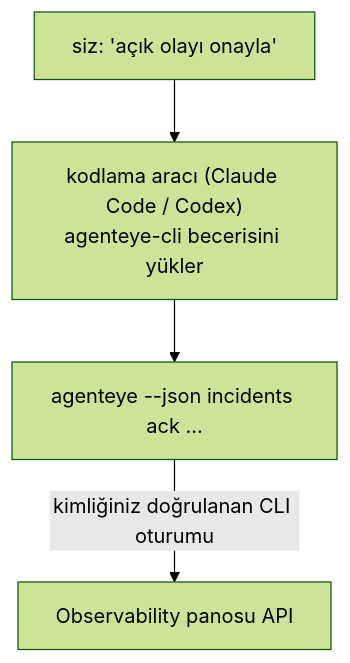
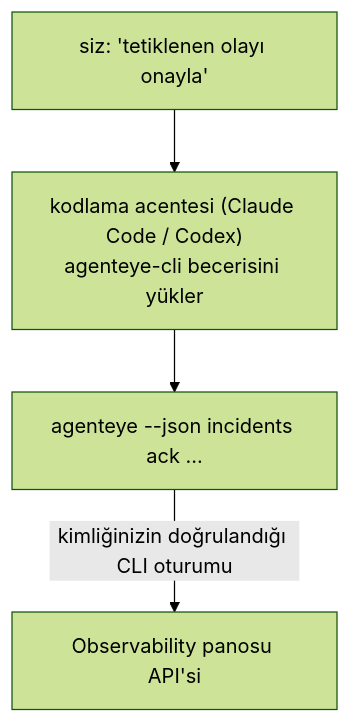
One commit to FailproofAI/failproofai changed the diagram in docs/tr/agenteye/cli-skill.mdx. Above: the diagram before and after it, drawn with Mermaid (forest theme). The commit also changed other lines of this file and 678 other files, not shown here.

````diff
--- a/docs/tr/agenteye/cli-skill.mdx
+++ b/docs/tr/agenteye/cli-skill.mdx
@@ -29,6 +29,6 @@
 ```mermaid
 flowchart TD
-    YOU["siz: 'açık olayı onayla'"] --> AGENT["kodlama aracı (Claude Code / Codex)<br/>agenteye-cli becerisini yükler"]
+    YOU["siz: 'tetiklenen olayı onayla'"] --> AGENT["kodlama acentesi (Claude Code / Codex)<br/>agenteye-cli becerisini yükler"]
     AGENT --> CLI["agenteye --json incidents ack ..."]
-    CLI -->|kimliğiniz doğrulanan CLI oturumu| API["Observability panosu API"]
+    CLI -->|kimliğinizin doğrulandığı CLI oturumu| API["Observability panosu API'si"]
 ```
````
